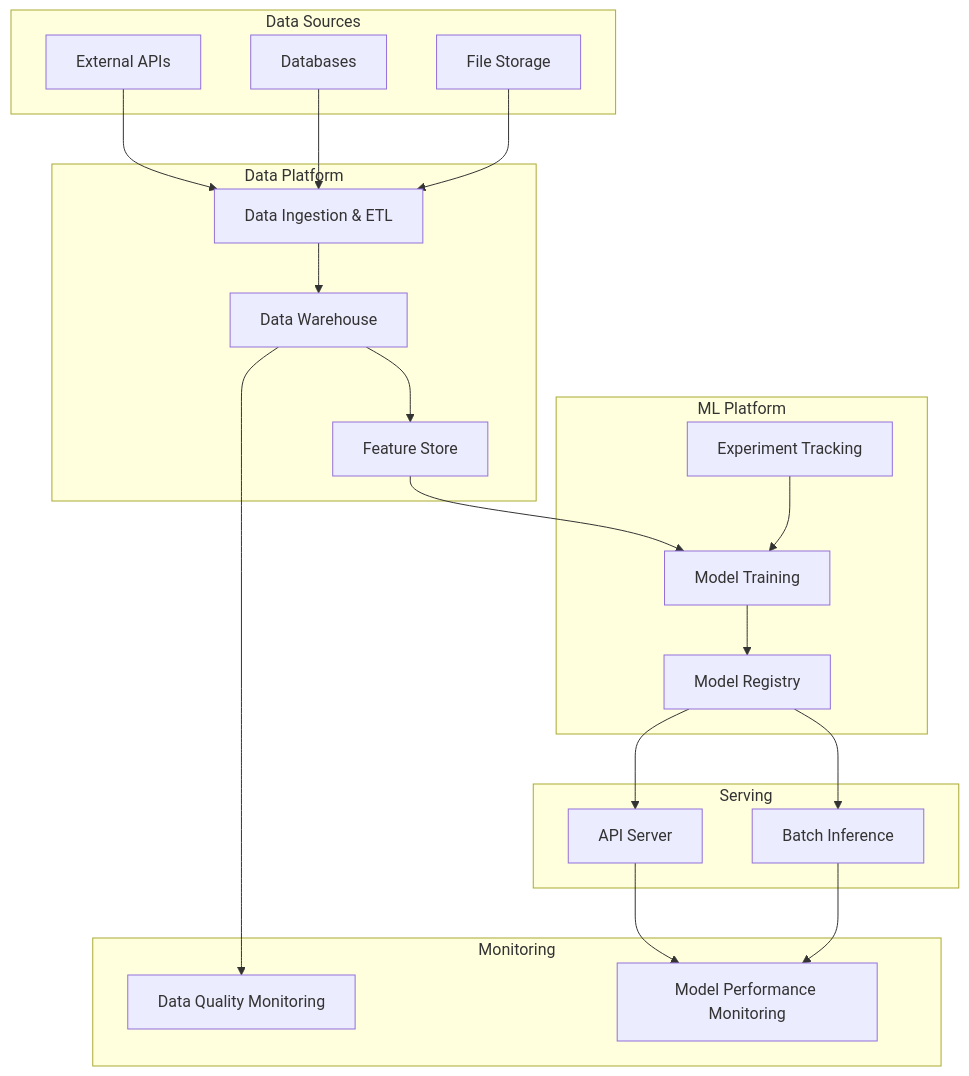
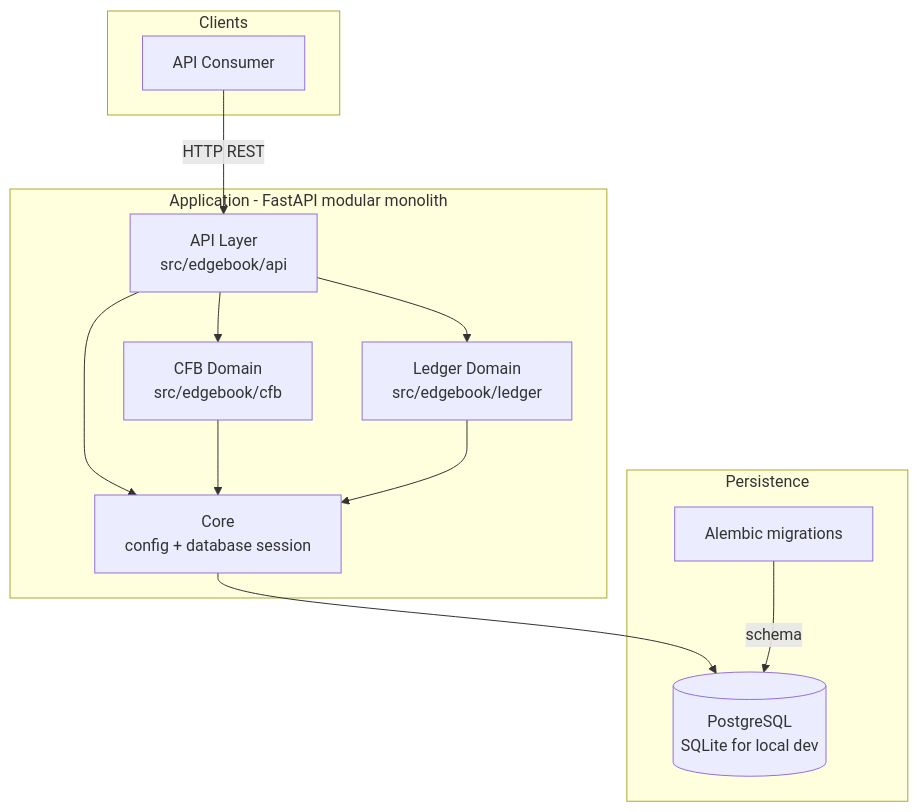
Before and after one commit to connorkitchings/edgebook: the diagram in docs/architecture/system_overview.md, drawn with Mermaid. The commit also changed other lines of this file and 22 other files, not shown here.

````diff
--- a/docs/architecture/system_overview.md
+++ b/docs/architecture/system_overview.md
@@ -7,44 +8,27 @@
 ```mermaid
 graph TD
-    subgraph "Data Sources"
-        A[External APIs]
-        B[Databases]
-        C[File Storage]
+    subgraph "Clients"
+        A[API Consumer]
     end
 
-    subgraph "Data Platform"
-        D[Data Ingestion & ETL]
-        E[Data Warehouse]
-        F[Feature Store]
+    subgraph "Application - FastAPI modular monolith"
+        B[API Layer<br/>src/edgebook/api]
+        C[CFB Domain<br/>src/edgebook/cfb]
+        D[Ledger Domain<br/>src/edgebook/ledger]
+        E[Core<br/>config + database session]
     end
 
-    subgraph "ML Platform"
-        G[Experiment Tracking]
-        H[Model Training]
-        I[Model Registry]
+    subgraph "Persistence"
+        F[(PostgreSQL<br/>SQLite for local dev)]
+        G[Alembic migrations]
     end
 
-    subgraph "Serving"
-        J[API Server]
-        K[Batch Inference]
-    end
-
-    subgraph "Monitoring"
-        L[Data Quality Monitoring]
-        M[Model Performance Monitoring]
-    end
-
-    A --> D
+    A -->|HTTP REST| B
+    B --> C
     B --> D
-    C --> D
+    B --> E
+    C --> E
     D --> E
     E --> F
-    F --> H
-    G --> H
-    H --> I
-    I --> J
-    I --> K
-    J --> M
-    K --> M
-    E --> L
+    G -->|schema| F
 ```
````
